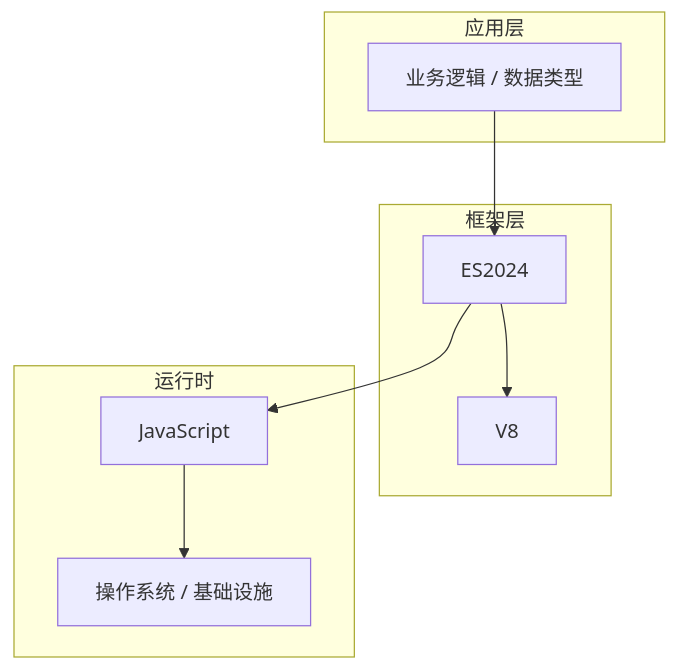
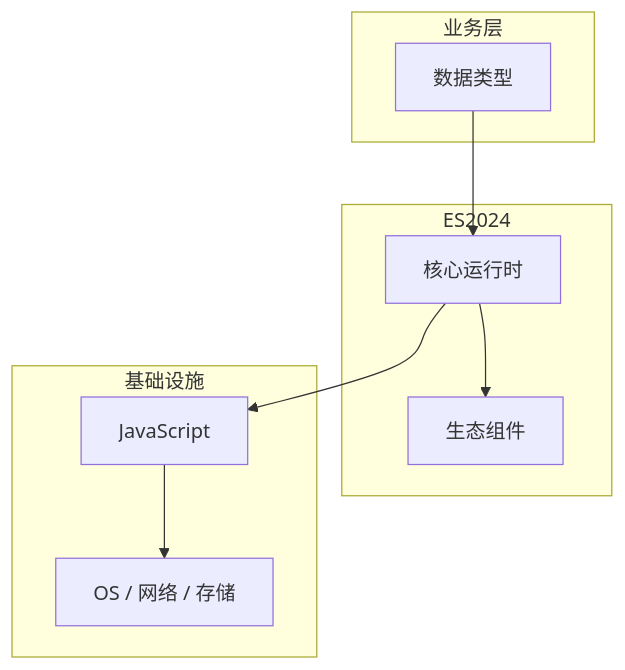
The diagram in articles/JavaScript核心/chapters/013-数据类型核心概念与原理.md (yanggan2015/knowledge-json-v2), drawn with Mermaid before and after one commit. The commit also changed other lines of this file and 10127 other files, not shown here.

````diff
--- a/articles/JavaScript核心/chapters/013-数据类型核心概念与原理.md
+++ b/articles/JavaScript核心/chapters/013-数据类型核心概念与原理.md
@@ -45,18 +34,18 @@
 ```mermaid
 graph TB
-    subgraph 应用层
-        A[业务逻辑 / 数据类型]
+    subgraph 业务层
+        A[数据类型]
     end
-    subgraph 框架层
-        B[ES2024]
-        C[V8]
+    subgraph ES2024
+        B[核心运行时]
+        C[生态组件]
     end
-    subgraph 运行时
+    subgraph 基础设施
         D[JavaScript]
-        E[操作系统 / 基础设施]
+        E[OS / 网络 / 存储]
     end
     A --> B
     B --> C
     B --> D
     D --> E
 ```
````
